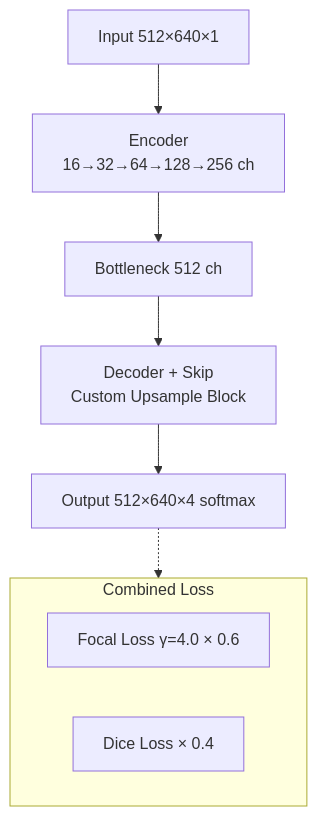
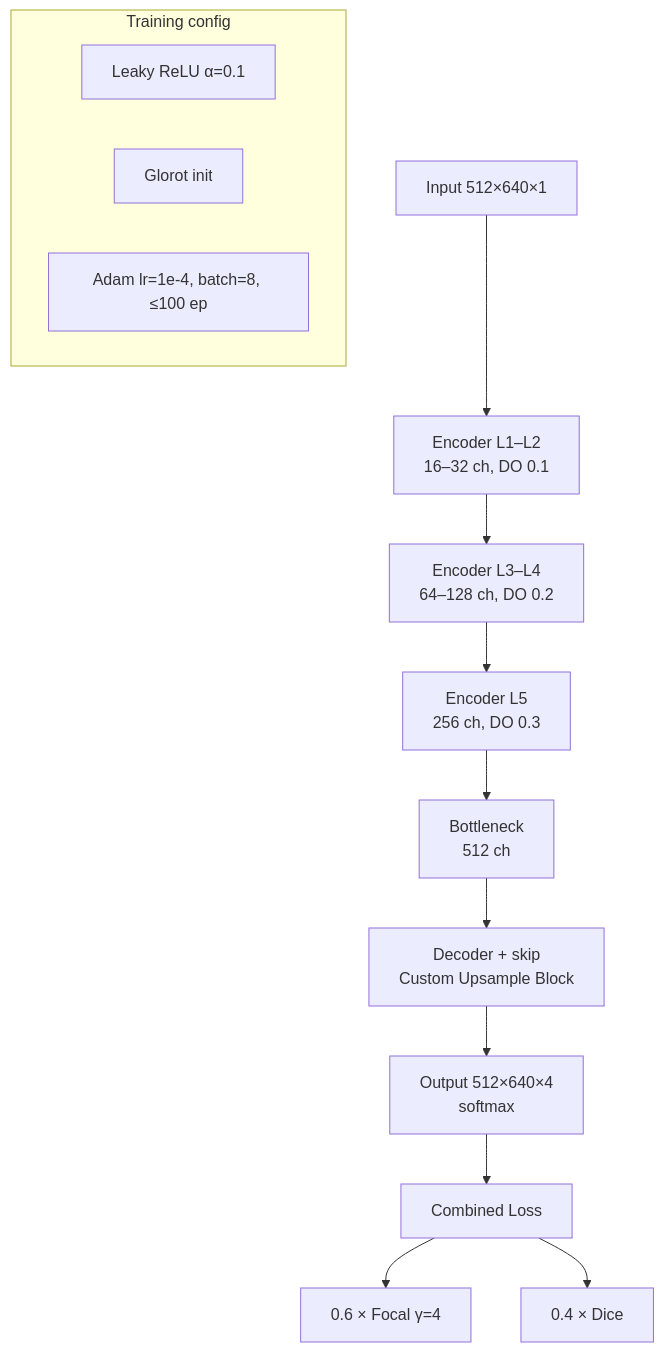
Before and after one commit to Sol-momma/LumbarSeg: the sixth of 12 diagrams in README.md, drawn with Mermaid. The commit also changed other lines of this file and 5 other files, not shown here.

First line of the commit message:
docs: READMEの説明図をMermaidに統一

````diff
--- a/README.md
+++ b/README.md
@@ -97,13 +128,19 @@
 ```mermaid
 flowchart TB
-  IN["Input 512×640×1"] --> ENC["Encoder<br/>16→32→64→128→256 ch"]
-  ENC --> BOT["Bottleneck 512 ch"]
-  BOT --> DEC["Decoder + Skip<br/>Custom Upsample Block"]
-  DEC --> OUT["Output 512×640×4 softmax"]
+  IN["Input 512×640×1"] --> E1["Encoder L1–L2<br/>16–32 ch, DO 0.1"]
+  E1 --> E2["Encoder L3–L4<br/>64–128 ch, DO 0.2"]
+  E2 --> E3["Encoder L5<br/>256 ch, DO 0.3"]
+  E3 --> BOT["Bottleneck<br/>512 ch"]
+  BOT --> D1["Decoder + skip<br/>Custom Upsample Block"]
+  D1 --> OUT["Output 512×640×4<br/>softmax"]
 
-  subgraph loss["Combined Loss"]
-    L1["Focal Loss γ=4.0 × 0.6"]
-    L2["Dice Loss × 0.4"]
+  OUT --> LOSS["Combined Loss"]
+  LOSS --> F["0.6 × Focal γ=4"]
+  LOSS --> D["0.4 × Dice"]
+
+  subgraph train_cfg["Training config"]
+    A["Leaky ReLU α=0.1"]
+    G["Glorot init"]
+    O["Adam lr=1e-4, batch=8, ≤100 ep"]
   end
-  OUT -.-> loss
 ```
````
